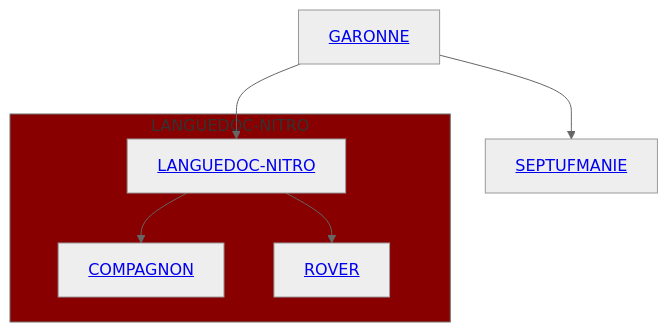
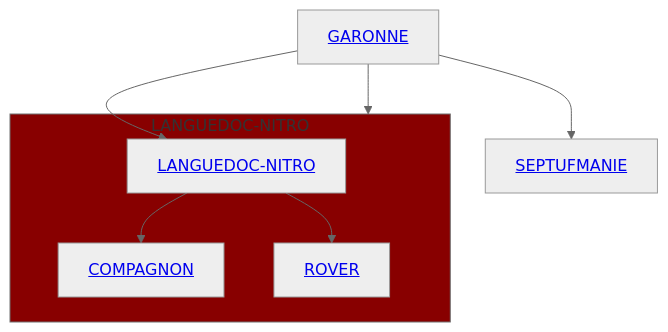
One commit to Septimania/septimania changed the diagram in README_FR.md. Above: the diagram before and after it, drawn with Mermaid (neutral theme).

````diff
--- a/README_FR.md
+++ b/README_FR.md
@@ -121,11 +121,12 @@
 ```mermaid
   graph TD
       A["<a href="https://synologygaronne.wixsite.com/synologygaronne">GARONNE</a>"] --> B["<a href="https://languedocnitro.wixsite.com/languedoc-nitro">LANGUEDOC-NITRO</a>"]
       subgraph NITRO [LANGUEDOC-NITRO]
       B --> C["<a href="https://languedocnitro.wixsite.com/compagnon">COMPAGNON</a>"]
       B --> D["<a href="https://languedocnitro.wixsite.com/rover">ROVER</a>"]
       end
+      A --> NITRO
       A --> E["<a href="https://septufmanie.wixsite.com/septufmanie">SEPTUFMANIE</a>"]
 
       style NITRO fill:#800
 ```
````
